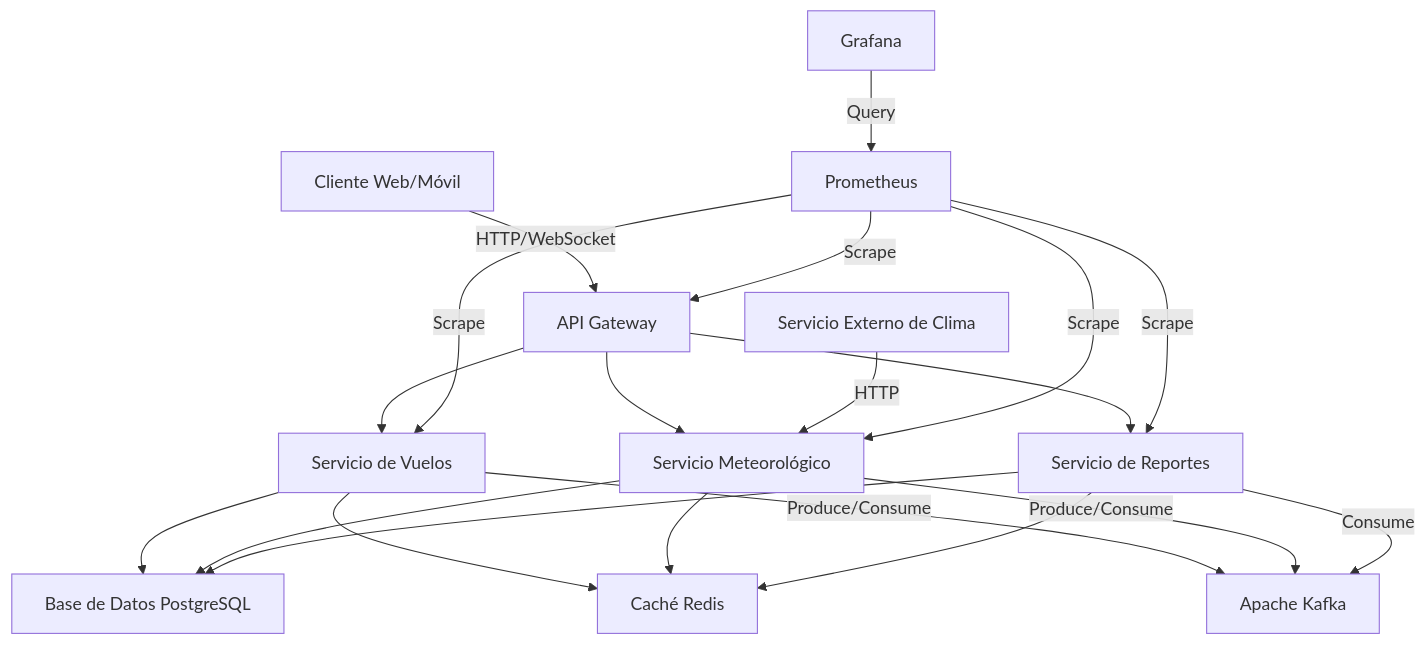
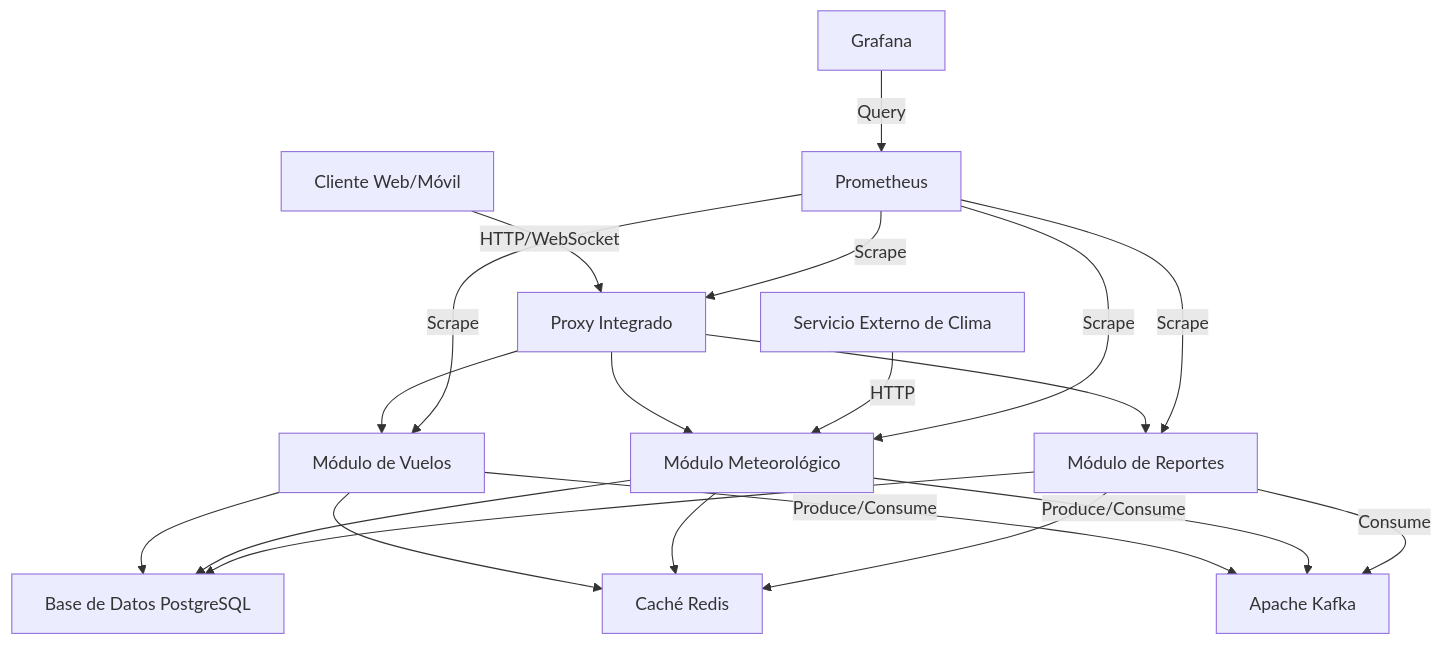
Before and after one commit to osvalois/aether-backend: the diagram in docs/architecture/README.md, drawn with Mermaid. The commit also changed other lines of this file, not shown here.

````diff
--- a/docs/architecture/README.md
+++ b/docs/architecture/README.md
@@ -41,22 +33,22 @@
 ```mermaid
 graph TD
-    A[Cliente Web/Móvil] -->|HTTP/WebSocket| B[API Gateway]
-    B --> C[Servicio de Vuelos]
-    B --> D[Servicio Meteorológico]
-    B --> E[Servicio de Reportes]
+    A[Cliente Web/Móvil] -->|HTTP/WebSocket| B[Proxy Integrado]
+    B --> C[Módulo de Vuelos]
+    B --> D[Módulo Meteorológico]
+    B --> E[Módulo de Reportes]
     C --> F[Base de Datos PostgreSQL]
     D --> F
     E --> F
     C --> G[Caché Redis]
     D --> G
     E --> G
     C -->|Produce/Consume| H[Apache Kafka]
     D -->|Produce/Consume| H
     E -->|Consume| H
     I[Servicio Externo de Clima] -->|HTTP| D
     J[Prometheus] -->|Scrape| B
     J -->|Scrape| C
     J -->|Scrape| D
     J -->|Scrape| E
     K[Grafana] -->|Query| J
 ```
````
